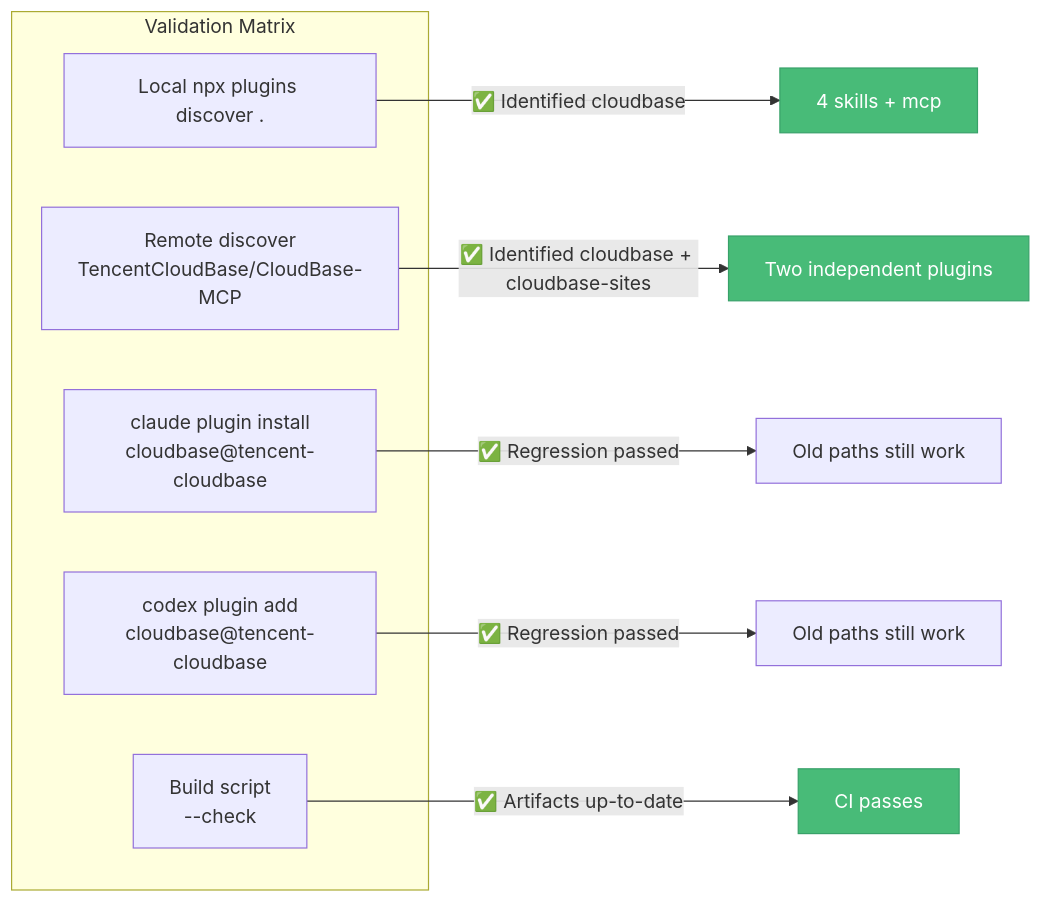
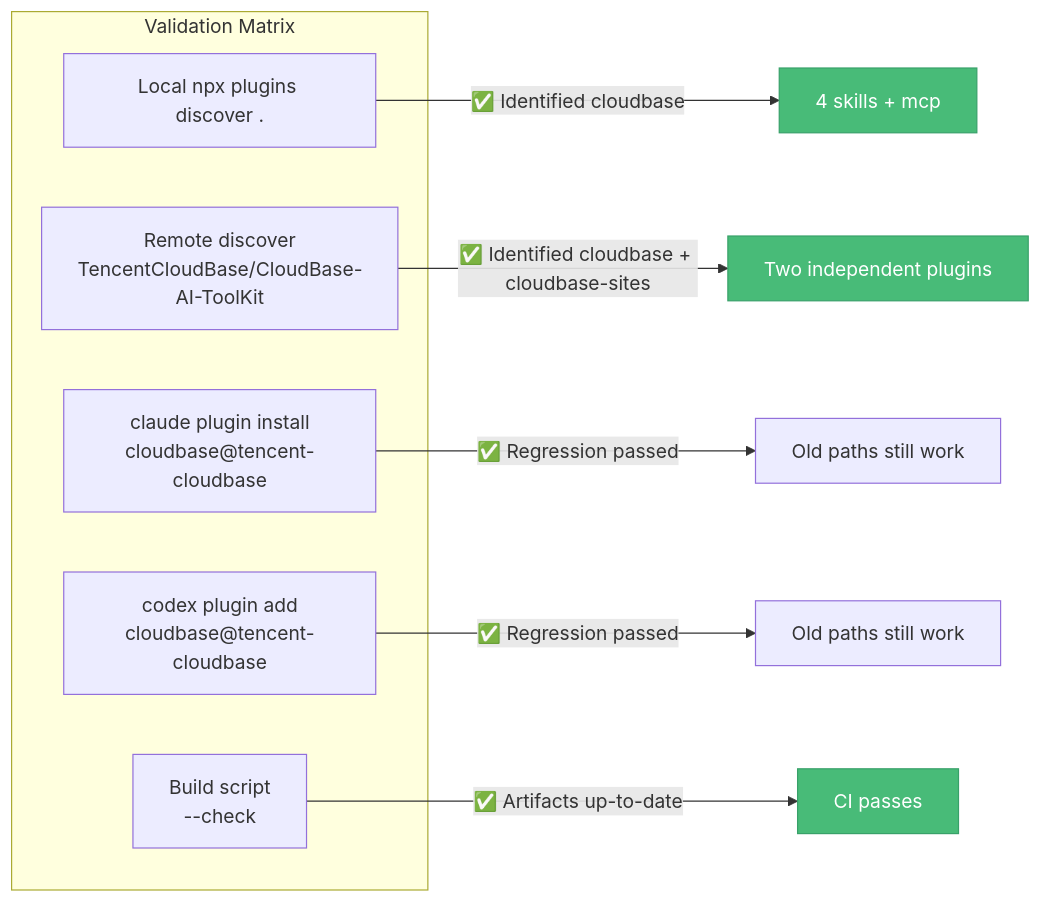
Before and after one commit to binggg/binggg.github.io: the seventh of 15 diagrams in i18n/en/docusaurus-plugin-content-blog/2026-07-18-open-plugins-standard/index.md, drawn with Mermaid. The commit also changed other lines of this file and 64 other files, not shown here.

````diff
--- a/i18n/en/docusaurus-plugin-content-blog/2026-07-18-open-plugins-standard/index.md
+++ b/i18n/en/docusaurus-plugin-content-blog/2026-07-18-open-plugins-standard/index.md
@@ -420,20 +420,20 @@
 ```mermaid
 flowchart LR
     subgraph Validation Matrix
         CHECK1[Local npx plugins discover .]
-        CHECK2[Remote discover<br/>TencentCloudBase/CloudBase-MCP]
+        CHECK2[Remote discover<br/>TencentCloudBase/CloudBase-AI-ToolKit]
         CHECK3[claude plugin install<br/>cloudbase@tencent-cloudbase]
         CHECK4[codex plugin add<br/>cloudbase@tencent-cloudbase]
         CHECK5[Build script<br/>--check]
     end
 
     CHECK1 -->|✅ Identified cloudbase| R1[4 skills + mcp]
     CHECK2 -->|✅ Identified cloudbase + cloudbase-sites| R2[Two independent plugins]
     CHECK3 -->|✅ Regression passed| R3[Old paths still work]
     CHECK4 -->|✅ Regression passed| R4[Old paths still work]
     CHECK5 -->|✅ Artifacts up-to-date| R5[CI passes]
 
     style R1 fill:#48bb78,stroke:#38a169,color:#fff
     style R2 fill:#48bb78,stroke:#38a169,color:#fff
     style R5 fill:#48bb78,stroke:#38a169,color:#fff
 ```
````
